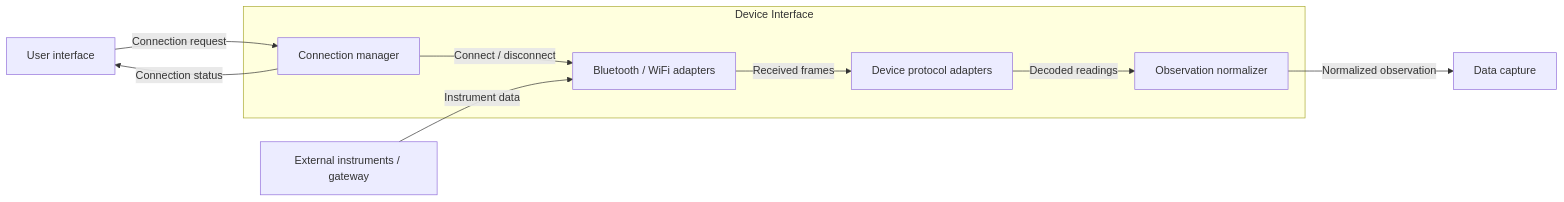
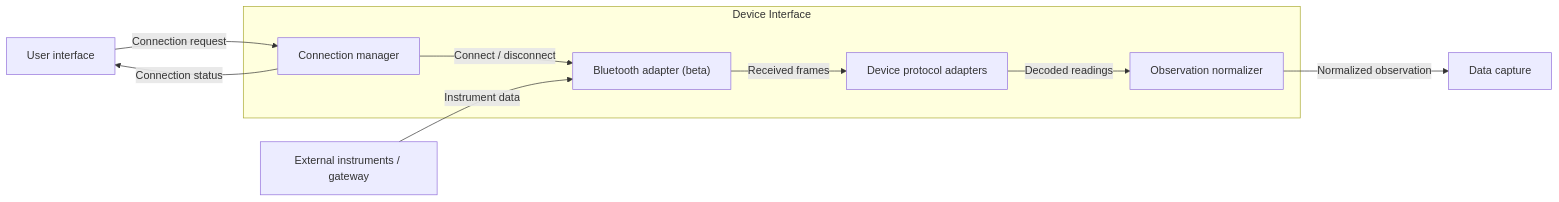
One commit to amanlig/kodekomplete changed the fifth of 7 diagrams in architecture.md. Above: the diagram before and after it, drawn with Mermaid. The commit also changed other lines of this file and 37 other files, not shown here.

````diff
--- a/architecture.md
+++ b/architecture.md
@@ -330,18 +332,18 @@
 ```mermaid
 flowchart LR
     Instruments["External instruments / gateway"]
     UI["User interface"]
     subgraph Interface["Device Interface"]
         Connections["Connection manager"]
-        Transport["Bluetooth / WiFi adapters"]
+        Transport["Bluetooth adapter (beta)"]
         Protocol["Device protocol adapters"]
         Normalizer["Observation normalizer"]
         Connections -->|"Connect / disconnect"| Transport
         Transport -->|"Received frames"| Protocol
         Protocol -->|"Decoded readings"| Normalizer
     end
     UI -->|"Connection request"| Connections
     Connections -->|"Connection status"| UI
     Instruments -->|"Instrument data"| Transport
     Normalizer -->|"Normalized observation"| Capture["Data capture"]
 ```
````
